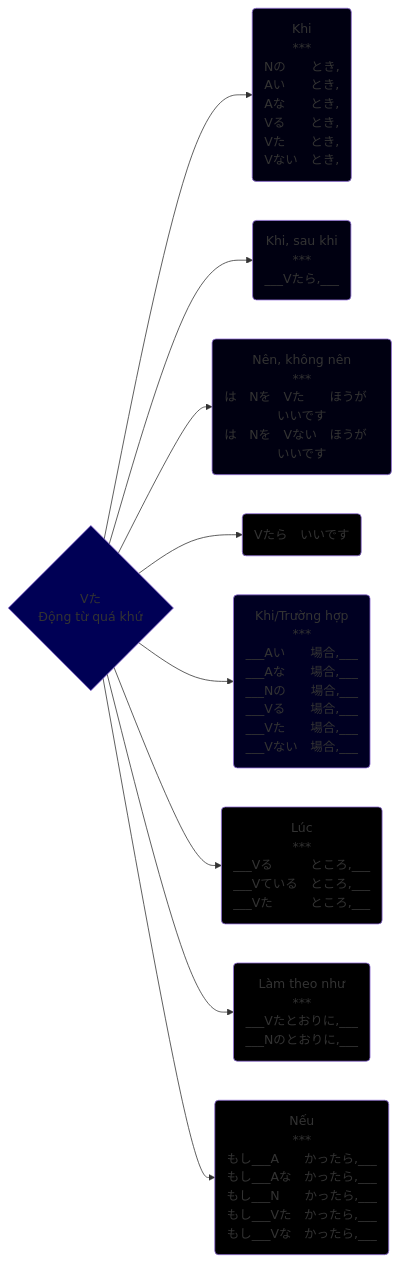
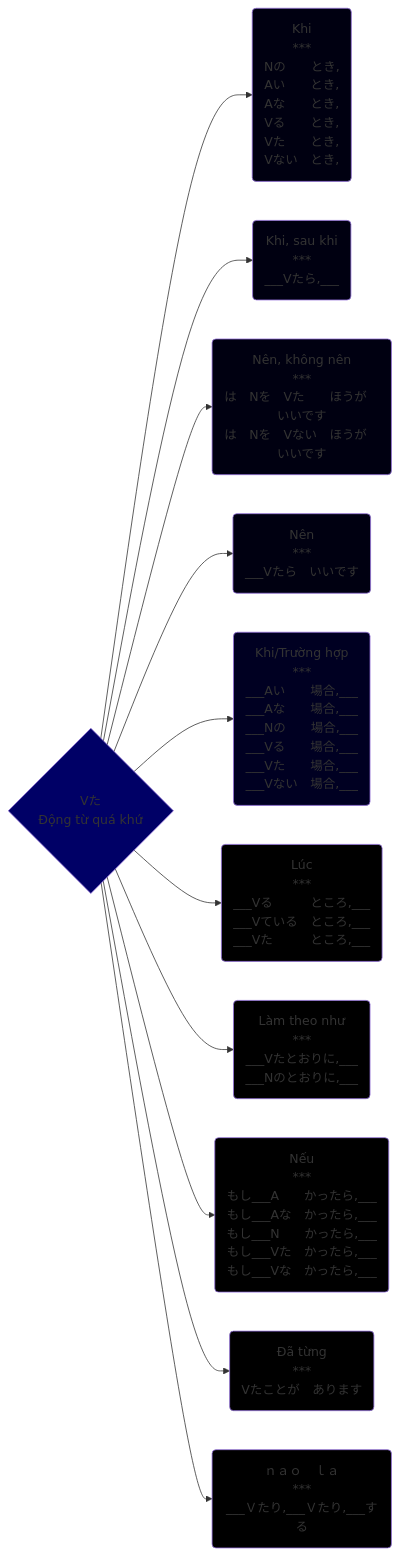
Before and after one commit to tea1504/learn: the diagram in The/た形.md, drawn with Mermaid. The commit also changed 14 other files, not shown here.

````diff
--- a/The/た形.md
+++ b/The/た形.md
@@ -1,23 +1,27 @@
 ```mermaid
 graph LR;
     V{Vた\nĐộng từ quá khứ}
 
     V-->khi(Khi\n***\nNの　　とき,\nAい　　とき,\nAな　　とき,\nVる　　とき,\nVた　　とき,\nVない　とき,)
     V-->khiSauKhi(Khi, sau khi\n***\n___Vたら,___)
     V-->nenKhongNen(Nên, không nên\n***\nは　Nを　Vた　　ほうが　いいです\nは　Nを　Vない　ほうが　いいです)
-    V-->nenV(Vたら　いいです)
+    V-->nenV(Nên\n***\n___Vたら　いいです)
     V-->truongHop(Khi/Trường hợp\n***\n___Aい　　場合,___\n___Aな　　場合,___\n___Nの　　場合,___\n___Vる　　場合,___\n___Vた　　場合,___\n___Vない　場合,___)
     V-->luc(Lúc\n***\n___Vる　　　ところ,___\n___Vている　ところ,___\n___Vた　　　ところ,___)
     V-->lamTheoNhu(Làm theo như\n***\n___Vたとおりに,___\n___Nのとおりに,___)
     V-->neu(Nếu\n***\nもし___A　　かったら,___\nもし___Aな　かったら,___\nもし___N　　かったら,___\nもし___Vた　かったら,___\nもし___Vな　かったら,___)
+    V-->daTung(Đã từng\n***\nVたことが　あります)
+    V-->naoLa(ｎａｏ　ｌａ\n***\n___Ｖたり,___Ｖたり,___する)
 
-    style V fill:#005
+    style V fill:#006
+    style daTung fill:#000
     style khi fill:#001
     style khiSauKhi fill:#001
     style lamTheoNhu fill:#000
     style luc fill:#000
+    style naoLa fill:#000
     style nenKhongNen fill:#001
-    style nenV fill:#000
+    style nenV fill:#001
     style neu fill:#000
     style truongHop fill:#002
 ```
````
